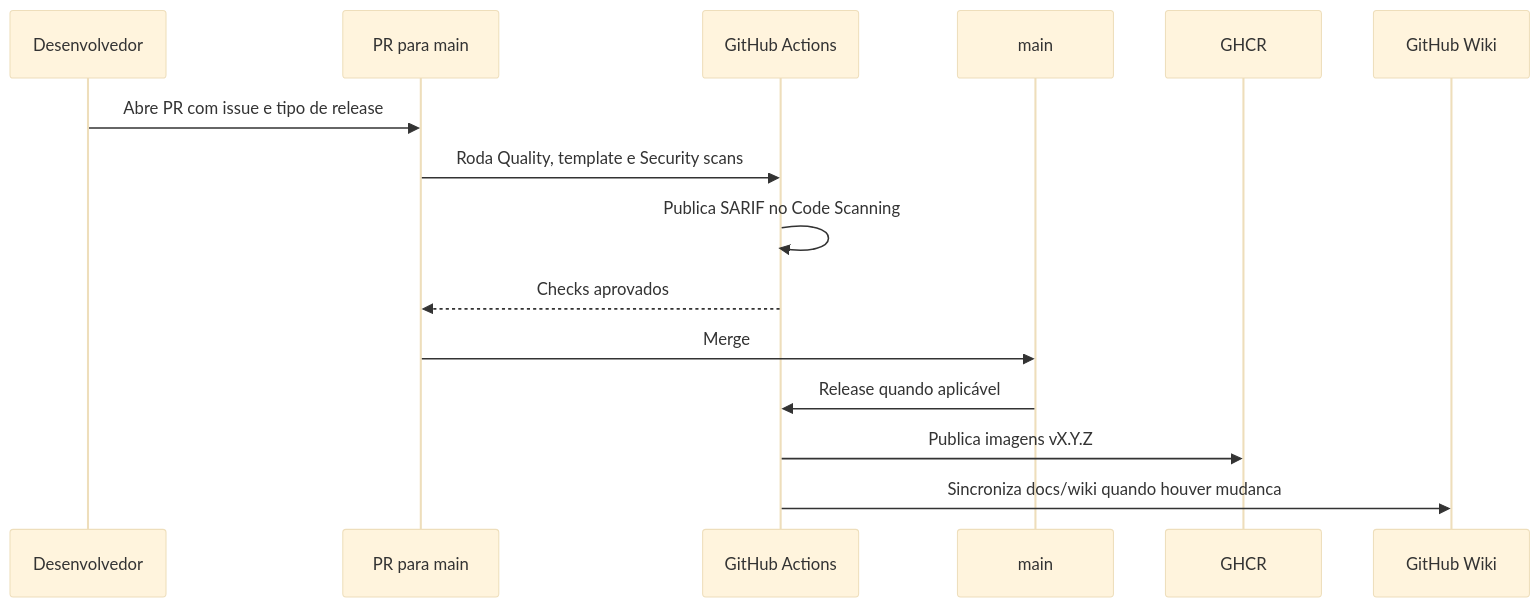
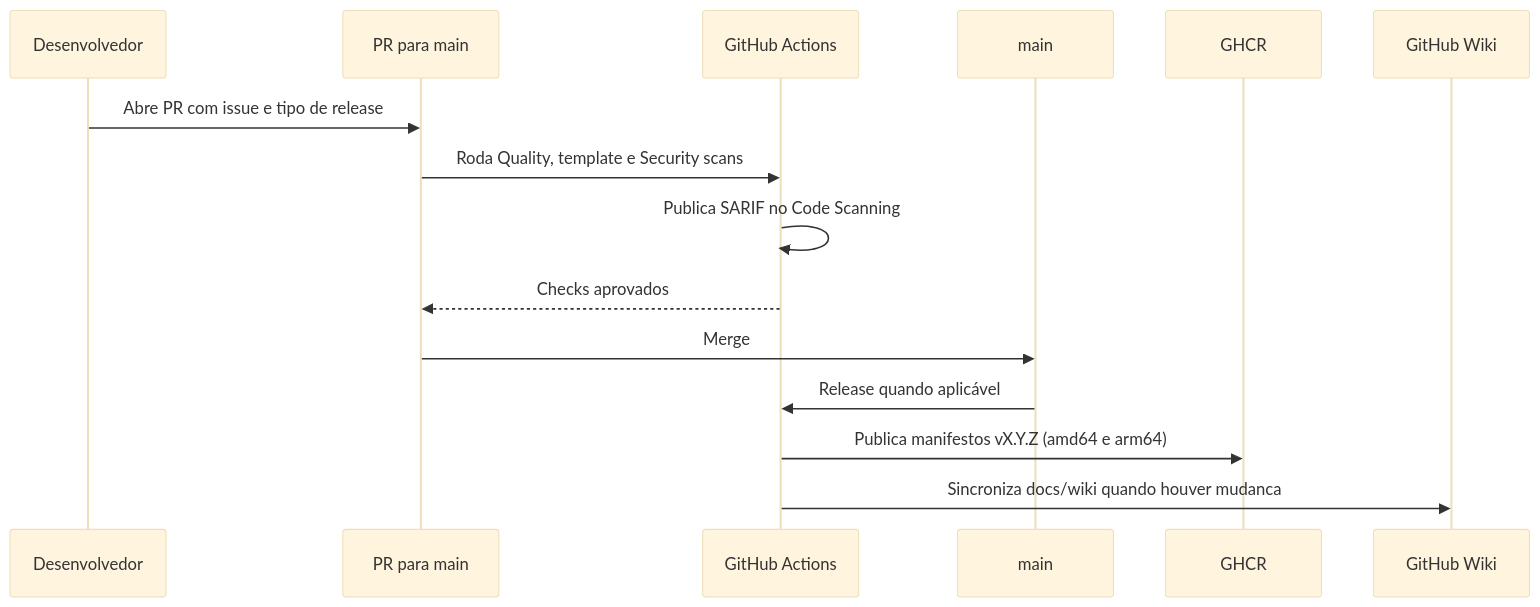
The second of 3 diagrams in docs/wiki/Esteira-de-CI-CD.md (ifpebj-ti/inventario-patrimonio-cces), drawn with Mermaid (base theme) before and after one commit. The commit also changed other lines of this file and 7 other files, not shown here.

````diff
--- a/docs/wiki/Esteira-de-CI-CD.md
+++ b/docs/wiki/Esteira-de-CI-CD.md
@@ -65,18 +66,18 @@
 ```mermaid
 sequenceDiagram
     participant Dev as Desenvolvedor
     participant PR as PR para main
     participant CI as GitHub Actions
     participant Main as main
     participant GHCR as GHCR
     participant Wiki as GitHub Wiki
 
     Dev->>PR: Abre PR com issue e tipo de release
     PR->>CI: Roda Quality, template e Security scans
     CI->>CI: Publica SARIF no Code Scanning
     CI-->>PR: Checks aprovados
     PR->>Main: Merge
     Main->>CI: Release quando aplicável
-    CI->>GHCR: Publica imagens vX.Y.Z
+    CI->>GHCR: Publica manifestos vX.Y.Z (amd64 e arm64)
     CI->>Wiki: Sincroniza docs/wiki quando houver mudanca
 ```
````
